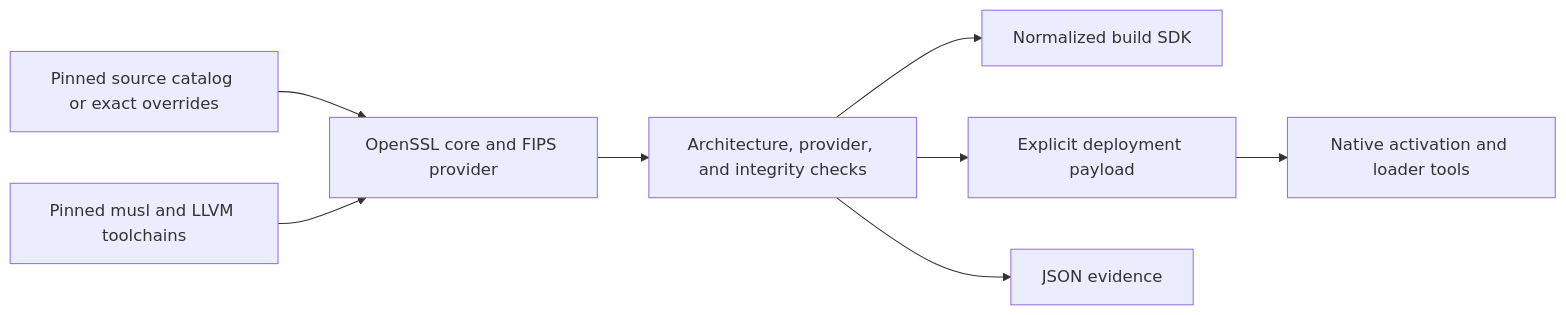
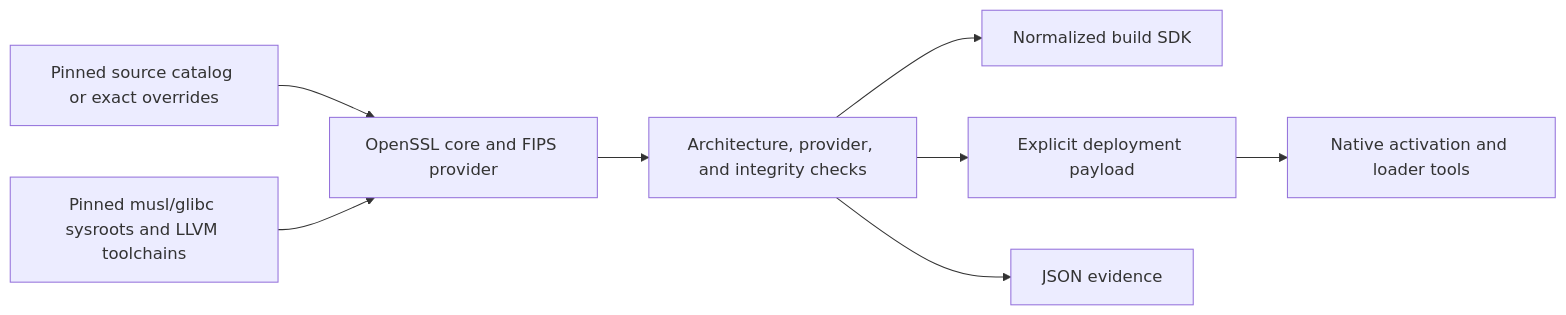
Before and after one commit to abilisoft/rules_fips: the first of 2 diagrams in docs/architecture.md, drawn with Mermaid. The commit also changed other lines of this file and 58 other files, not shown here.

````diff
--- a/docs/architecture.md
+++ b/docs/architecture.md
@@ -8,10 +8,10 @@
 ```mermaid
 flowchart LR
     S[Pinned source catalog or exact overrides] --> C[OpenSSL core and FIPS provider]
-    T[Pinned musl and LLVM toolchains] --> C
+    T[Pinned musl/glibc sysroots and LLVM toolchains] --> C
     C --> V[Architecture, provider, and integrity checks]
     V --> D[Normalized build SDK]
     V --> R[Explicit deployment payload]
     V --> J[JSON evidence]
     R --> A[Native activation and loader tools]
 ```
````
